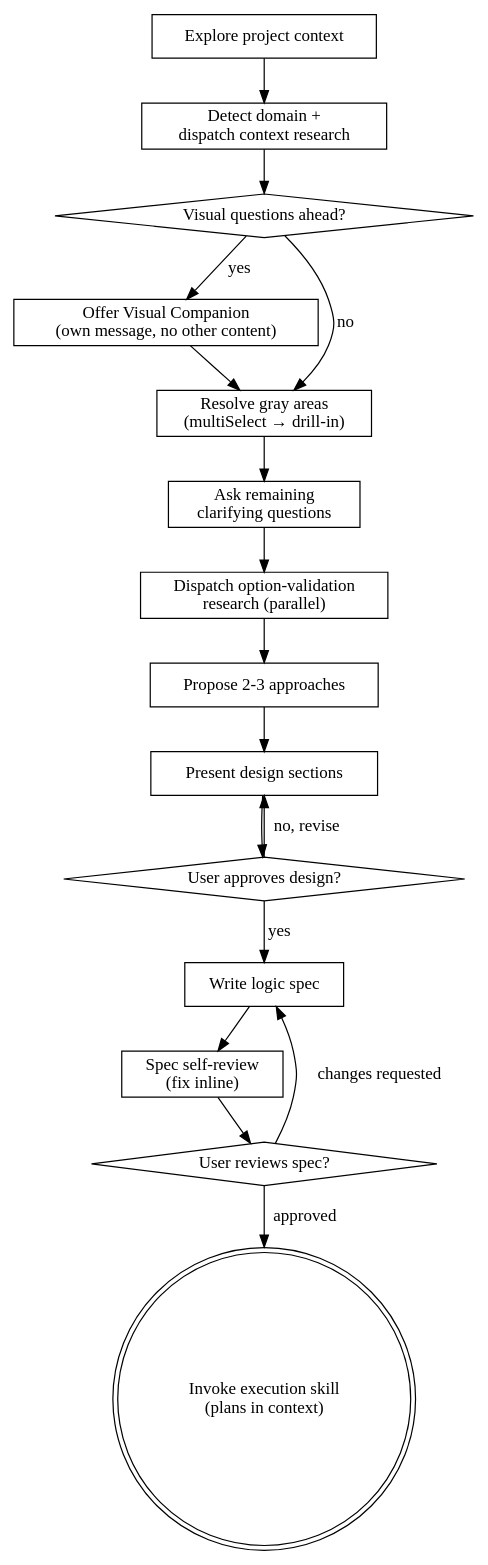
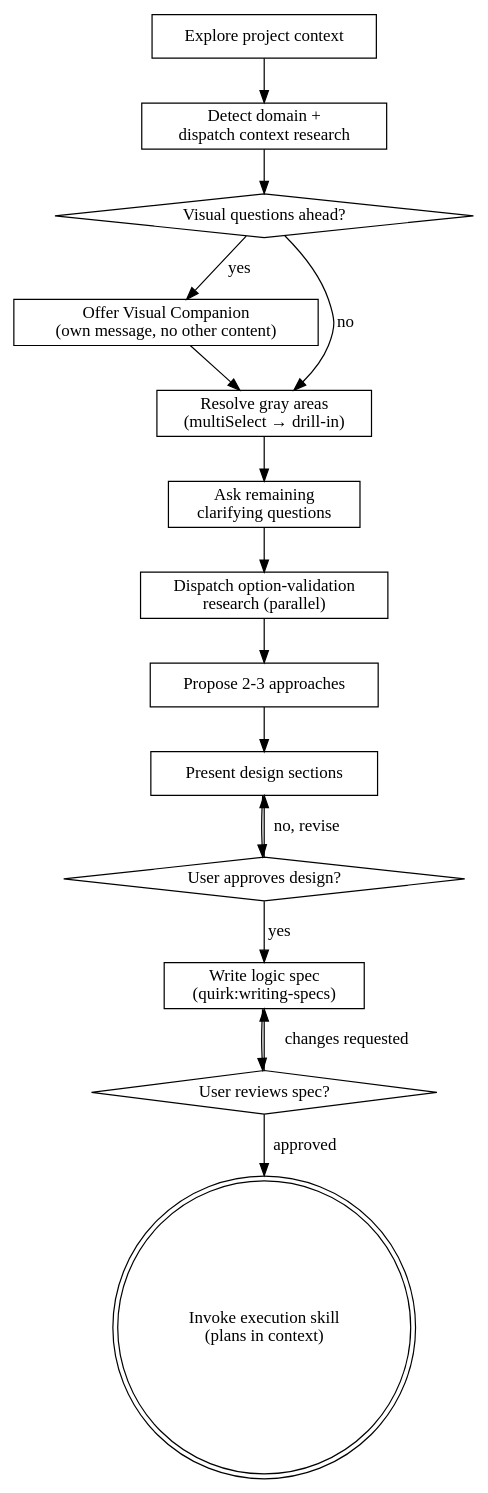
One commit to zpyoung/quirk changed the diagram in skills/brainstorming/SKILL.md. Above: the diagram before and after it, drawn with Graphviz. The commit also changed other lines of this file and 9 other files, not shown here.

First line of the commit message:
Consolidate the logic and tech spec rubrics under `quirk:writing-specs` (#39)

````diff
--- a/skills/brainstorming/SKILL.md
+++ b/skills/brainstorming/SKILL.md
@@ -39,35 +38,33 @@
 ```dot
 digraph brainstorming {
     "Explore project context" [shape=box];
     "Detect domain +\ndispatch context research" [shape=box];
     "Visual questions ahead?" [shape=diamond];
     "Offer Visual Companion\n(own message, no other content)" [shape=box];
     "Resolve gray areas\n(multiSelect → drill-in)" [shape=box];
     "Ask remaining\nclarifying questions" [shape=box];
     "Dispatch option-validation\nresearch (parallel)" [shape=box];
     "Propose 2-3 approaches" [shape=box];
     "Present design sections" [shape=box];
     "User approves design?" [shape=diamond];
-    "Write logic spec" [shape=box];
-    "Spec self-review\n(fix inline)" [shape=box];
+    "Write logic spec\n(quirk:writing-specs)" [shape=box];
     "User reviews spec?" [shape=diamond];
     "Invoke execution skill\n(plans in context)" [shape=doublecircle];
 
     "Explore project context" -> "Detect domain +\ndispatch context research";
     "Detect domain +\ndispatch context research" -> "Visual questions ahead?";
     "Visual questions ahead?" -> "Offer Visual Companion\n(own message, no other content)" [label="yes"];
     "Visual questions ahead?" -> "Resolve gray areas\n(multiSelect → drill-in)" [label="no"];
     "Offer Visual Companion\n(own message, no other content)" -> "Resolve gray areas\n(multiSelect → drill-in)";
     "Resolve gray areas\n(multiSelect → drill-in)" -> "Ask remaining\nclarifying questions";
     "Ask remaining\nclarifying questions" -> "Dispatch option-validation\nresearch (parallel)";
     "Dispatch option-validation\nresearch (parallel)" -> "Propose 2-3 approaches";
     "Propose 2-3 approaches" -> "Present design sections";
     "Present design sections" -> "User approves design?";
     "User approves design?" -> "Present design sections" [label="no, revise"];
-    "User approves design?" -> "Write logic spec" [label="yes"];
-    "Write logic spec" -> "Spec self-review\n(fix inline)";
-    "Spec self-review\n(fix inline)" -> "User reviews spec?";
-    "User reviews spec?" -> "Write logic spec" [label="changes requested"];
+    "User approves design?" -> "Write logic spec\n(quirk:writing-specs)" [label="yes"];
+    "Write logic spec\n(quirk:writing-specs)" -> "User reviews spec?";
+    "User reviews spec?" -> "Write logic spec\n(quirk:writing-specs)" [label="changes requested"];
     "User reviews spec?" -> "Invoke execution skill\n(plans in context)" [label="approved"];
 }
 ```
````
